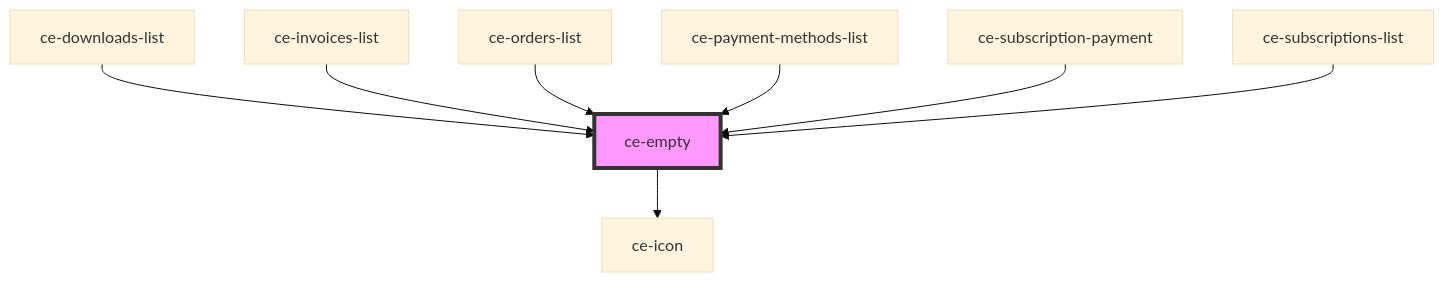
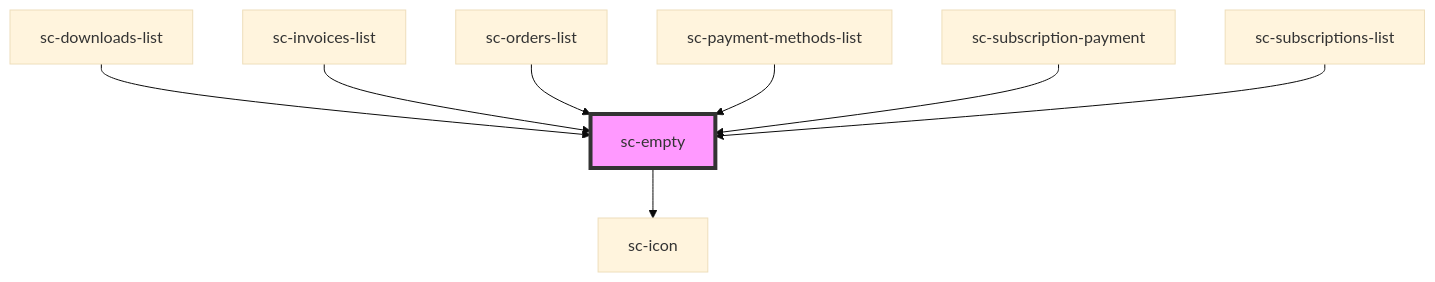
Before and after one commit to surecart/surecart-wp-plugin: the diagram in packages/components/src/components/ui/empty/readme.md, drawn with Mermaid (base theme). The commit also changed other lines of this file and 1281 other files, not shown here.

````diff
--- a/packages/components/src/components/ui/empty/readme.md
+++ b/packages/components/src/components/ui/empty/readme.md
@@ -31,11 +31,11 @@
 ```mermaid
 graph TD;
-  ce-empty --> ce-icon
-  ce-downloads-list --> ce-empty
-  ce-invoices-list --> ce-empty
-  ce-orders-list --> ce-empty
-  ce-payment-methods-list --> ce-empty
-  ce-subscription-payment --> ce-empty
-  ce-subscriptions-list --> ce-empty
-  style ce-empty fill:#f9f,stroke:#333,stroke-width:4px
+  sc-empty --> sc-icon
+  sc-downloads-list --> sc-empty
+  sc-invoices-list --> sc-empty
+  sc-orders-list --> sc-empty
+  sc-payment-methods-list --> sc-empty
+  sc-subscription-payment --> sc-empty
+  sc-subscriptions-list --> sc-empty
+  style sc-empty fill:#f9f,stroke:#333,stroke-width:4px
 ```
````
